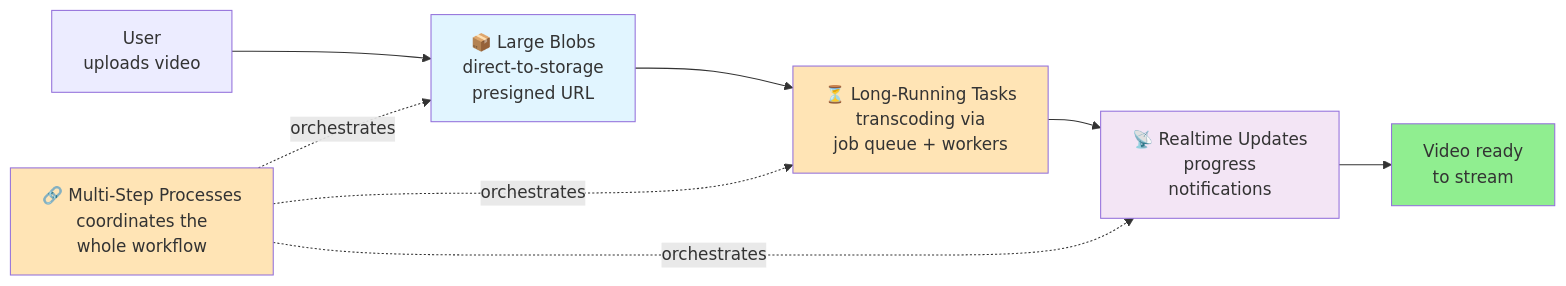
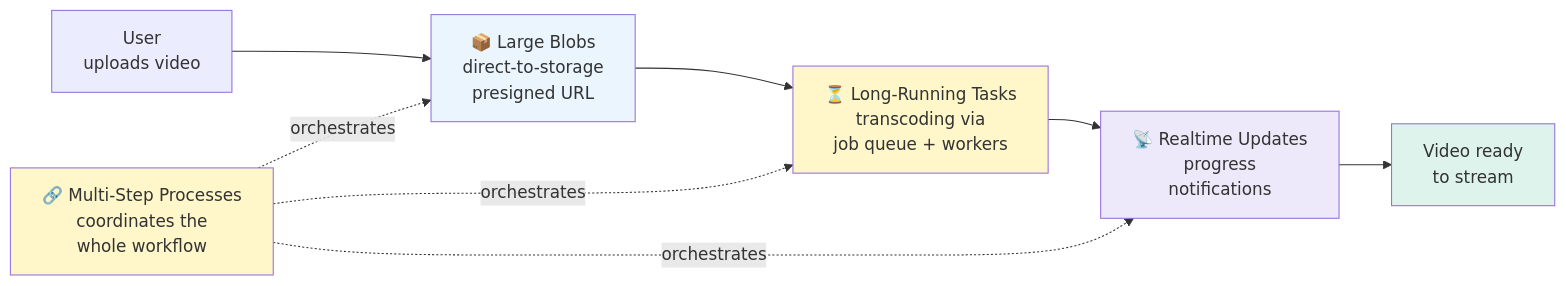
The diagram in LLD/SystemDesign/InaHurry/CommonPatterns.md (cartmancodes/InterviewVault), drawn with Mermaid before and after one commit. The commit also changed 679 other files, not shown here.

Commit message:
Unify content diagrams and add accessible visual walkthroughs

````diff
--- a/LLD/SystemDesign/InaHurry/CommonPatterns.md
+++ b/LLD/SystemDesign/InaHurry/CommonPatterns.md
@@ -144,17 +144,17 @@
 ```mermaid
 graph LR
     U["User<br/>uploads video"] --> LB["📦 Large Blobs<br/>direct-to-storage<br/>presigned URL"]
     LB --> LR["⏳ Long-Running Tasks<br/>transcoding via<br/>job queue + workers"]
     LR --> RT["📡 Realtime Updates<br/>progress<br/>notifications"]
     RT --> Ready["Video ready<br/>to stream"]
 
     MS["🔗 Multi-Step Processes<br/>coordinates the<br/>whole workflow"] -.orchestrates.-> LB
     MS -.orchestrates.-> LR
     MS -.orchestrates.-> RT
 
-    style LB fill:#e1f5ff
-    style LR fill:#FFE4B5
-    style RT fill:#f3e5f5
-    style MS fill:#FFE4B5
-    style Ready fill:#90EE90
+    style LB fill:#EAF5FD
+    style LR fill:#FFF6C9
+    style RT fill:#EDE8FA
+    style MS fill:#FFF6C9
+    style Ready fill:#DDF3EC
 ```
````
